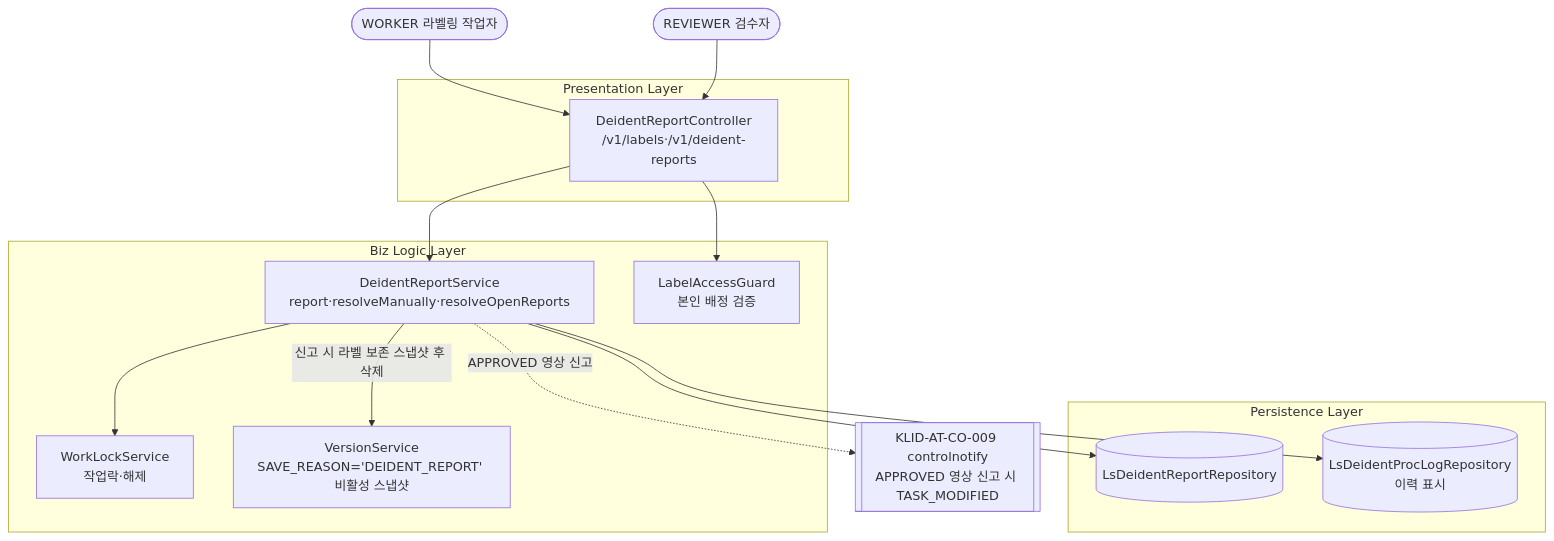
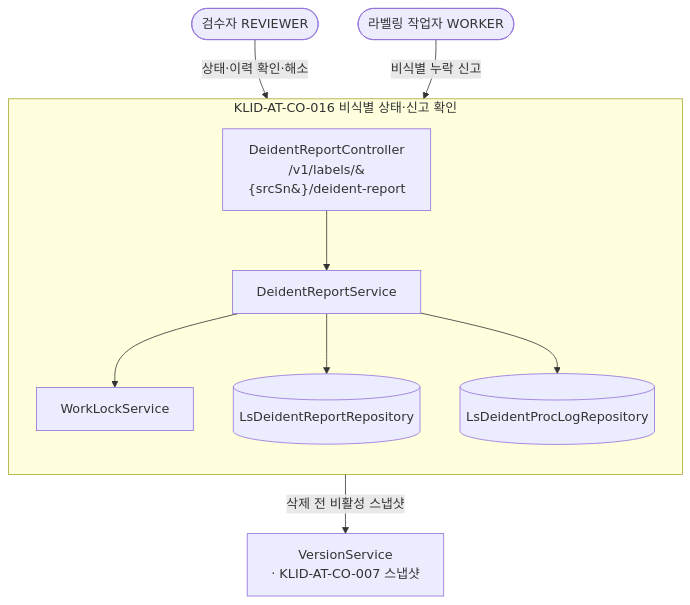
Diagram 13 of 13 in docs/design/D3-컴포넌트설계서.md (New-stella/klid-label), drawn with Mermaid before and after one commit. The commit also changed other lines of this file and 6 other files, not shown here.

````diff
--- a/docs/design/D3-컴포넌트설계서.md
+++ b/docs/design/D3-컴포넌트설계서.md
@@ -478,30 +344,21 @@
 ```mermaid
-flowchart TB
-  WORKER([WORKER 라벨링 작업자])
-  REVIEWER([REVIEWER 검수자])
-  CO009[["KLID-AT-CO-009 controlnotify<br/>APPROVED 영상 신고 시 TASK_MODIFIED"]]
-
-  subgraph Presentation [Presentation Layer]
-    DeidRptCtrl[DeidentReportController<br/>/v1/labels·/v1/deident-reports]
-  end
-  subgraph Biz [Biz Logic Layer]
-    DeidRptSvc[DeidentReportService<br/>report·resolveManually·resolveOpenReports]
-    WorkLock[WorkLockService<br/>작업락·해제]
-    Guard[LabelAccessGuard<br/>본인 배정 검증]
-    VerSvc[VersionService<br/>SAVE_REASON='DEIDENT_REPORT' 비활성 스냅샷]
-  end
-  subgraph Persistence [Persistence Layer]
-    RptRepo[(LsDeidentReportRepository)]
-    ProcLogRepo[(LsDeidentProcLogRepository<br/>이력 표시)]
-  end
-
-  WORKER --> DeidRptCtrl
-  REVIEWER --> DeidRptCtrl
-  DeidRptCtrl --> Guard
-  DeidRptCtrl --> DeidRptSvc
-  DeidRptSvc --> RptRepo
-  DeidRptSvc --> WorkLock
-  DeidRptSvc -->|신고 시 라벨 보존 스냅샷 후 삭제| VerSvc
-  DeidRptSvc --> ProcLogRepo
-  DeidRptSvc -.APPROVED 영상 신고.-> CO009
+flowchart TD
+    REVIEWER([검수자 REVIEWER])
+    WORKER([라벨링 작업자 WORKER])
+    subgraph CO016[KLID-AT-CO-016 비식별 상태·신고 확인]
+        direction TB
+        DRC[DeidentReportController<br/>/v1/labels/&#123;srcSn&#125;/deident-report]
+        DRS[DeidentReportService]
+        WLS[WorkLockService]
+        LDR[(LsDeidentReportRepository)]
+        LDPL[(LsDeidentProcLogRepository)]
+        DRC --> DRS
+        DRS --> WLS
+        DRS --> LDR
+        DRS --> LDPL
+    end
+    VS[VersionService<br/>· KLID-AT-CO-007 스냅샷]
+    REVIEWER -->|상태·이력 확인·해소| DRC
+    WORKER -->|비식별 누락 신고| DRC
+    DRS -->|삭제 전 비활성 스냅샷| VS
 ```
````
